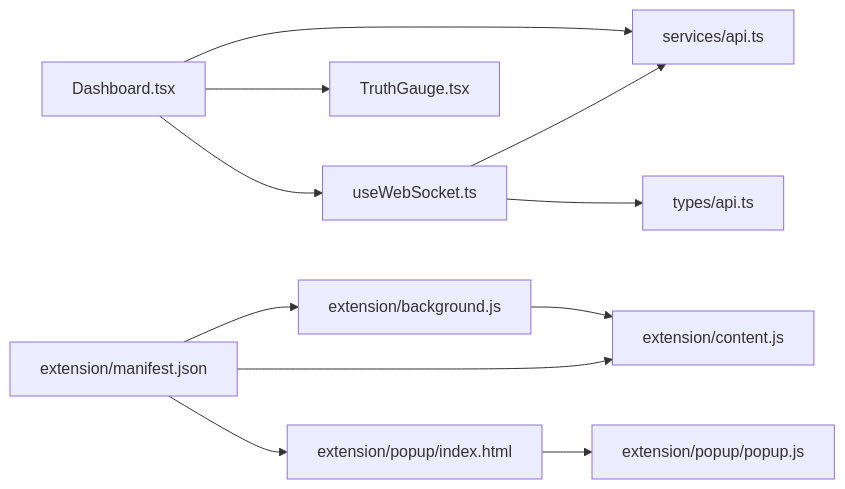
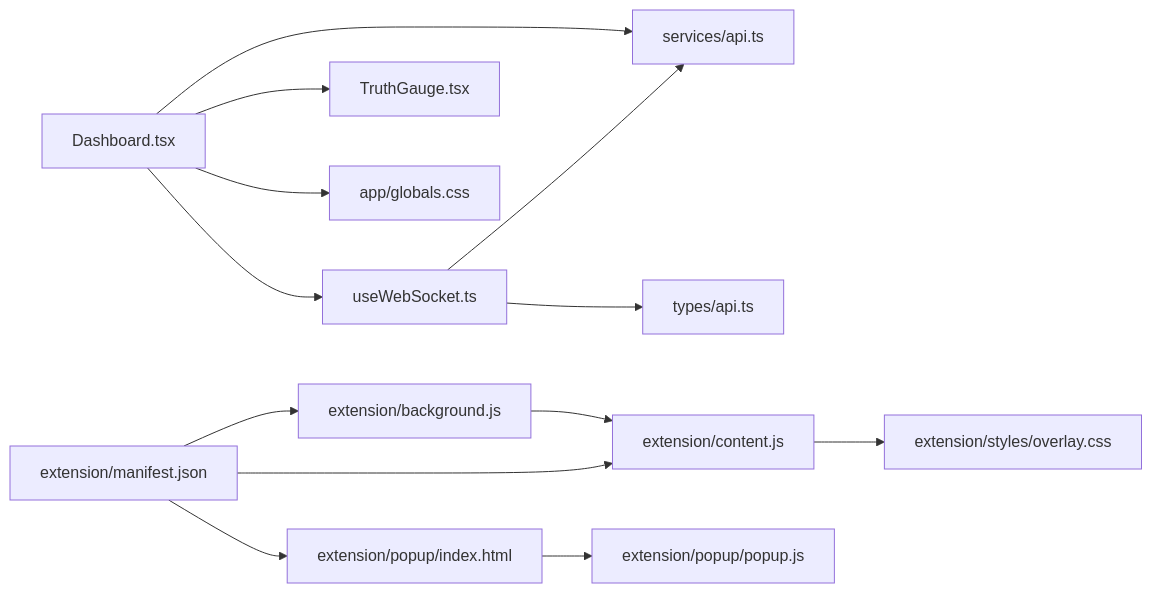
Before and after one commit to Anmo07/Friday: the seventh of 7 diagrams in .qoder/repowiki/en/content/Frontend Interface/Frontend Interface.md, drawn with Mermaid. The commit also changed other lines of this file and 931 other files, not shown here.

````diff
--- a/.qoder/repowiki/en/content/Frontend Interface/Frontend Interface.md
+++ b/.qoder/repowiki/en/content/Frontend Interface/Frontend Interface.md
@@ -343,13 +423,15 @@
 ```mermaid
 graph LR
 Dash["Dashboard.tsx"] --> WS_Hook["useWebSocket.ts"]
 Dash --> Gauge["TruthGauge.tsx"]
 Dash --> API_Svc["services/api.ts"]
+Dash --> CSS["app/globals.css"]
 WS_Hook --> API_Svc
 WS_Hook --> Types["types/api.ts"]
 Ext_BG["extension/background.js"] --> Ext_CS["extension/content.js"]
 Ext_Manifest["extension/manifest.json"] --> Ext_BG
 Ext_Manifest --> Ext_CS
 Ext_Manifest --> Ext_Popup["extension/popup/index.html"]
 Ext_Popup --> Ext_Popup_JS["extension/popup/popup.js"]
+Ext_CS --> OverlayCSS["extension/styles/overlay.css"]
 ```
````
